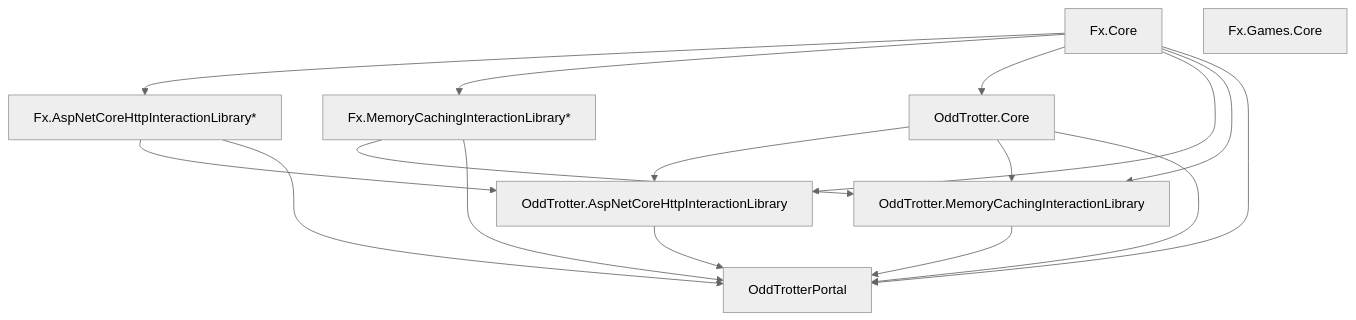
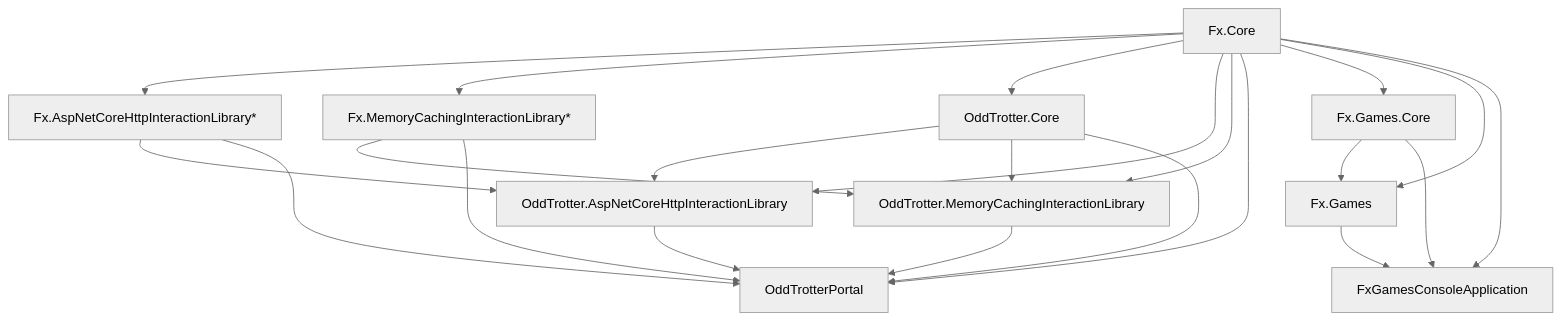
The diagram in dependencies.md (ravudet/OddTrotter2), drawn with Mermaid (neutral theme) before and after one commit.

````diff
--- a/dependencies.md
+++ b/dependencies.md
@@ -16,25 +16,32 @@
 ```mermaid
 graph TD;
     Fx.Core-->Fx.AspNetCoreHttpInteractionLibrary*;
 
     Fx.Core-->Fx.MemoryCachingInteractionLibrary*;
 
     Fx.Core-->OddTrotter.Core;
 
     Fx.Core-->OddTrotter.AspNetCoreHttpInteractionLibrary;
     OddTrotter.Core-->OddTrotter.AspNetCoreHttpInteractionLibrary;
     Fx.AspNetCoreHttpInteractionLibrary*-->OddTrotter.AspNetCoreHttpInteractionLibrary;
 
     Fx.Core-->OddTrotter.MemoryCachingInteractionLibrary;
     OddTrotter.Core-->OddTrotter.MemoryCachingInteractionLibrary;
     Fx.MemoryCachingInteractionLibrary*-->OddTrotter.MemoryCachingInteractionLibrary;
 
     Fx.Core-->OddTrotterPortal;
     Fx.AspNetCoreHttpInteractionLibrary*-->OddTrotterPortal;
     Fx.MemoryCachingInteractionLibrary*-->OddTrotterPortal;
     OddTrotter.Core-->OddTrotterPortal;
     OddTrotter.AspNetCoreHttpInteractionLibrary-->OddTrotterPortal;
     OddTrotter.MemoryCachingInteractionLibrary-->OddTrotterPortal;
 
-    Fx.Games.Core
+    Fx.Core-->Fx.Games.Core;
+
+    Fx.Core-->Fx.Games;
+    Fx.Games.Core-->Fx.Games;
+
+    Fx.Core-->FxGamesConsoleApplication;
+    Fx.Games.Core-->FxGamesConsoleApplication;
+    Fx.Games-->FxGamesConsoleApplication;
 ```
````
